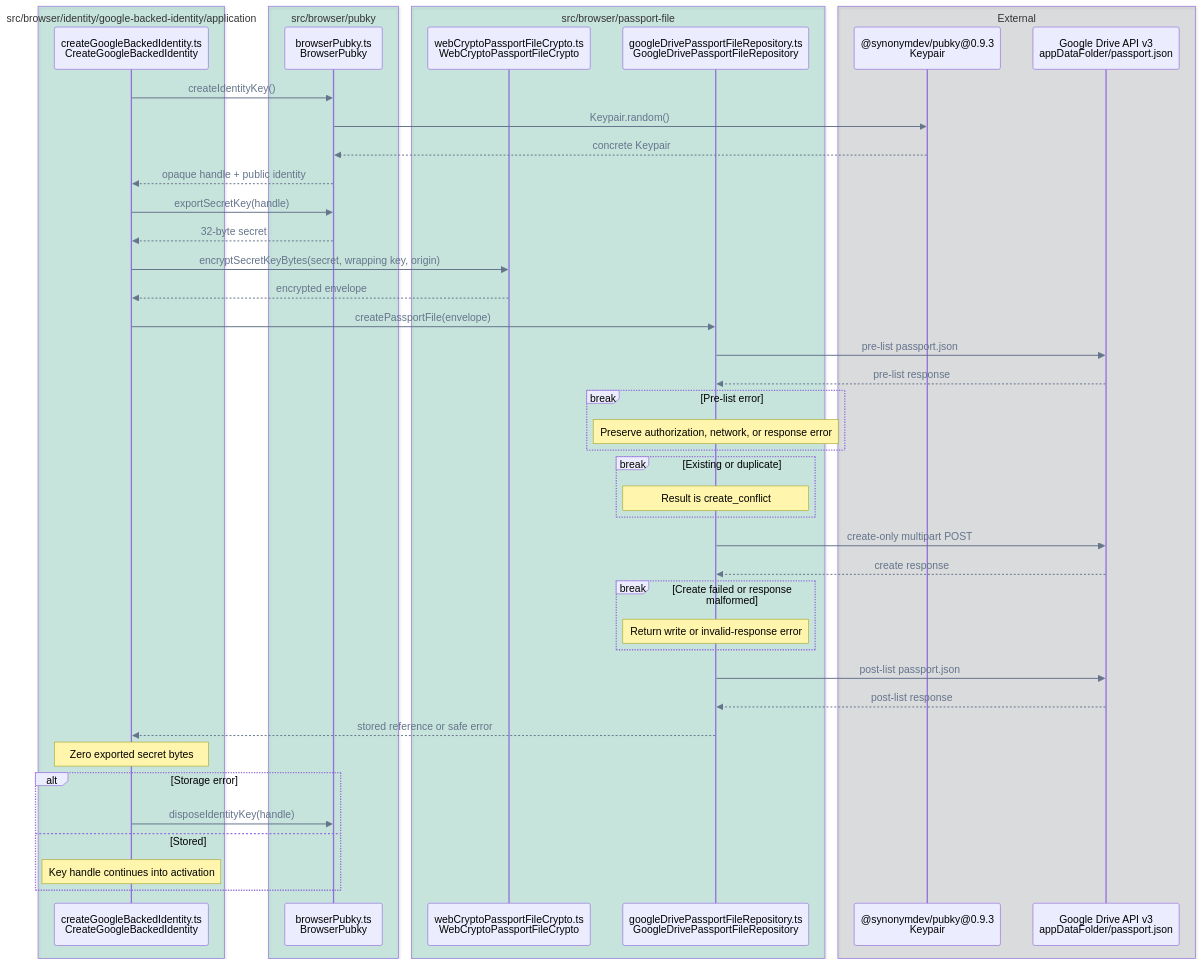
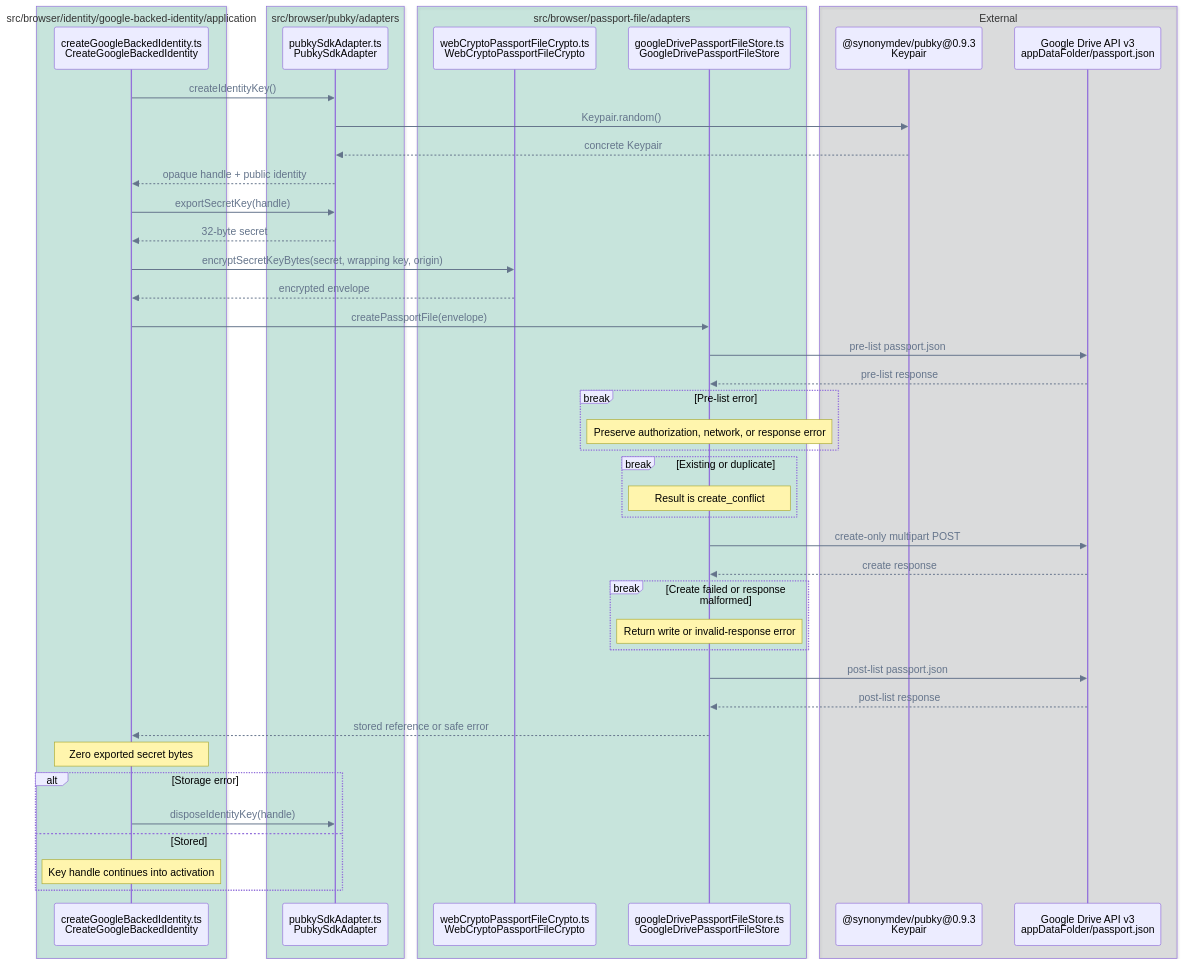
One commit to pubky/pubky-passport changed the tenth of 14 diagrams in FLOWS.md. Above: the diagram before and after it, drawn with Mermaid. The commit also changed other lines of this file and 50 other files, not shown here.

````diff
--- a/FLOWS.md
+++ b/FLOWS.md
@@ -501,52 +507,52 @@
 ```mermaid
 %%{init: {"themeVariables": {"signalColor": "#64748B", "signalTextColor": "#64748B"}}}%%
 sequenceDiagram
     accTitle: Missing identity encryption and Drive storage call flow
-    accDescr: CreateGoogleBackedIdentity asks BrowserPubky and the Pubky SDK for a new key and exported secret, encrypts the secret through PassportFileCrypto, creates the encrypted Drive file through the Drive repository, and then zeros the exported bytes.
+    accDescr: CreateGoogleBackedIdentity asks PubkySdkAdapter and the Pubky SDK for a new key and exported secret, encrypts the secret through PassportFileCrypto, creates the encrypted Drive file through PassportFileStore, and then zeros the exported bytes.
     box rgba(0, 158, 115, 0.18) src/browser/identity/google-backed-identity/application
         participant Creator as createGoogleBackedIdentity.ts<br/>CreateGoogleBackedIdentity
     end
-    box rgba(0, 158, 115, 0.18) src/browser/pubky
-        participant Pubky as browserPubky.ts<br/>BrowserPubky
+    box rgba(0, 158, 115, 0.18) src/browser/pubky/adapters
+        participant Pubky as pubkySdkAdapter.ts<br/>PubkySdkAdapter
     end
-    box rgba(0, 158, 115, 0.18) src/browser/passport-file
+    box rgba(0, 158, 115, 0.18) src/browser/passport-file/adapters
         participant Crypto as webCryptoPassportFileCrypto.ts<br/>WebCryptoPassportFileCrypto
-        participant DriveRepo as googleDrivePassportFileRepository.ts<br/>GoogleDrivePassportFileRepository
+        participant DriveStore as googleDrivePassportFileStore.ts<br/>GoogleDrivePassportFileStore
     end
     box rgba(17, 24, 39, 0.12) External
         participant SDK as @synonymdev/pubky@0.9.3<br/>Keypair
         participant Drive as Google Drive API v3<br/>appDataFolder/passport.json
     end
 
     Creator->>Pubky: createIdentityKey()
     Pubky->>SDK: Keypair.random()
     SDK-->>Pubky: concrete Keypair
     Pubky-->>Creator: opaque handle + public identity
     Creator->>Pubky: exportSecretKey(handle)
     Pubky-->>Creator: 32-byte secret
     Creator->>Crypto: encryptSecretKeyBytes(secret, wrapping key, origin)
     Crypto-->>Creator: encrypted envelope
-    Creator->>DriveRepo: createPassportFile(envelope)
-    DriveRepo->>Drive: pre-list passport.json
-    Drive-->>DriveRepo: pre-list response
+    Creator->>DriveStore: createPassportFile(envelope)
+    DriveStore->>Drive: pre-list passport.json
+    Drive-->>DriveStore: pre-list response
     break Pre-list error
-        Note over DriveRepo: Preserve authorization, network, or response error
+        Note over DriveStore: Preserve authorization, network, or response error
     end
     break Existing or duplicate
-        Note over DriveRepo: Result is create_conflict
+        Note over DriveStore: Result is create_conflict
     end
-    DriveRepo->>Drive: create-only multipart POST
-    Drive-->>DriveRepo: create response
+    DriveStore->>Drive: create-only multipart POST
+    Drive-->>DriveStore: create response
     break Create failed or response malformed
-        Note over DriveRepo: Return write or invalid-response error
+        Note over DriveStore: Return write or invalid-response error
     end
-    DriveRepo->>Drive: post-list passport.json
-    Drive-->>DriveRepo: post-list response
-    DriveRepo-->>Creator: stored reference or safe error
+    DriveStore->>Drive: post-list passport.json
+    Drive-->>DriveStore: post-list response
+    DriveStore-->>Creator: stored reference or safe error
     Note over Creator: Zero exported secret bytes
     alt Storage error
         Creator->>Pubky: disposeIdentityKey(handle)
     else Stored
         Note over Creator: Key handle continues into activation
     end
 ```
````
